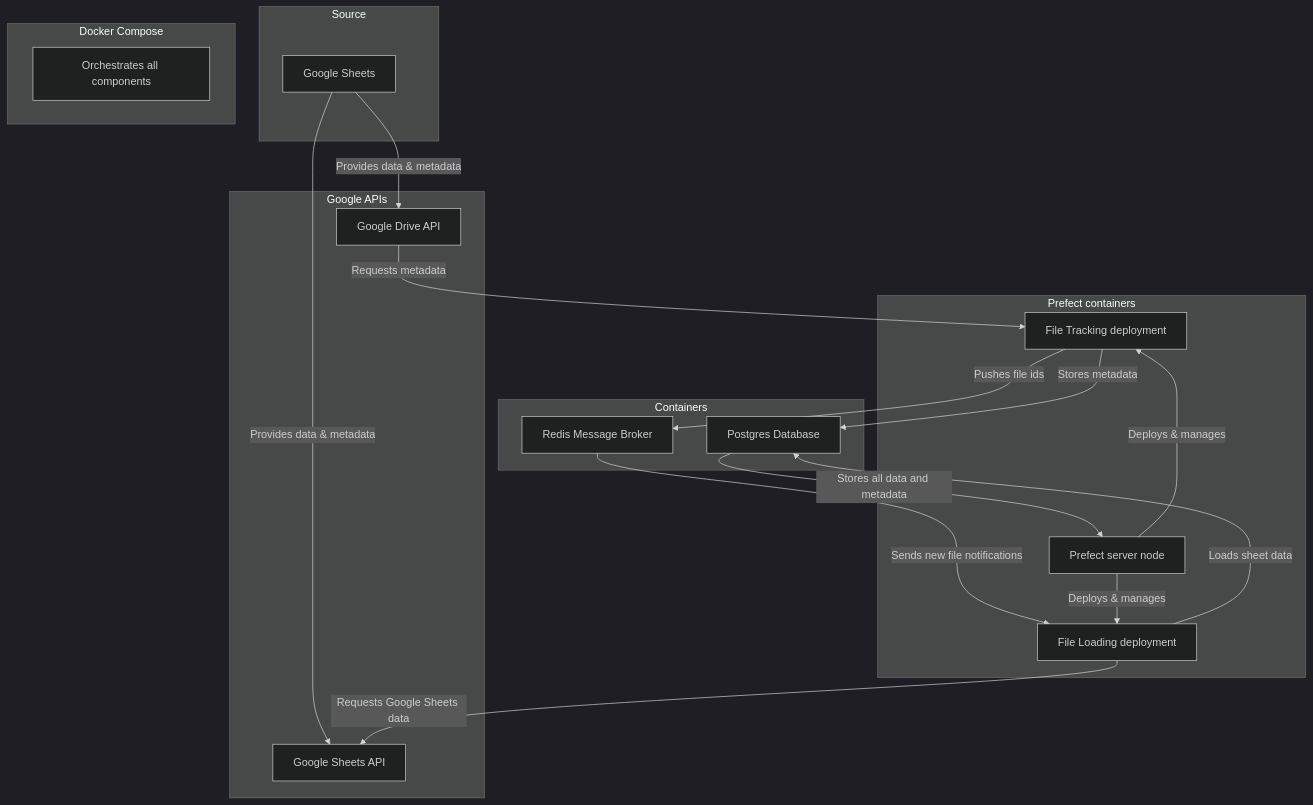
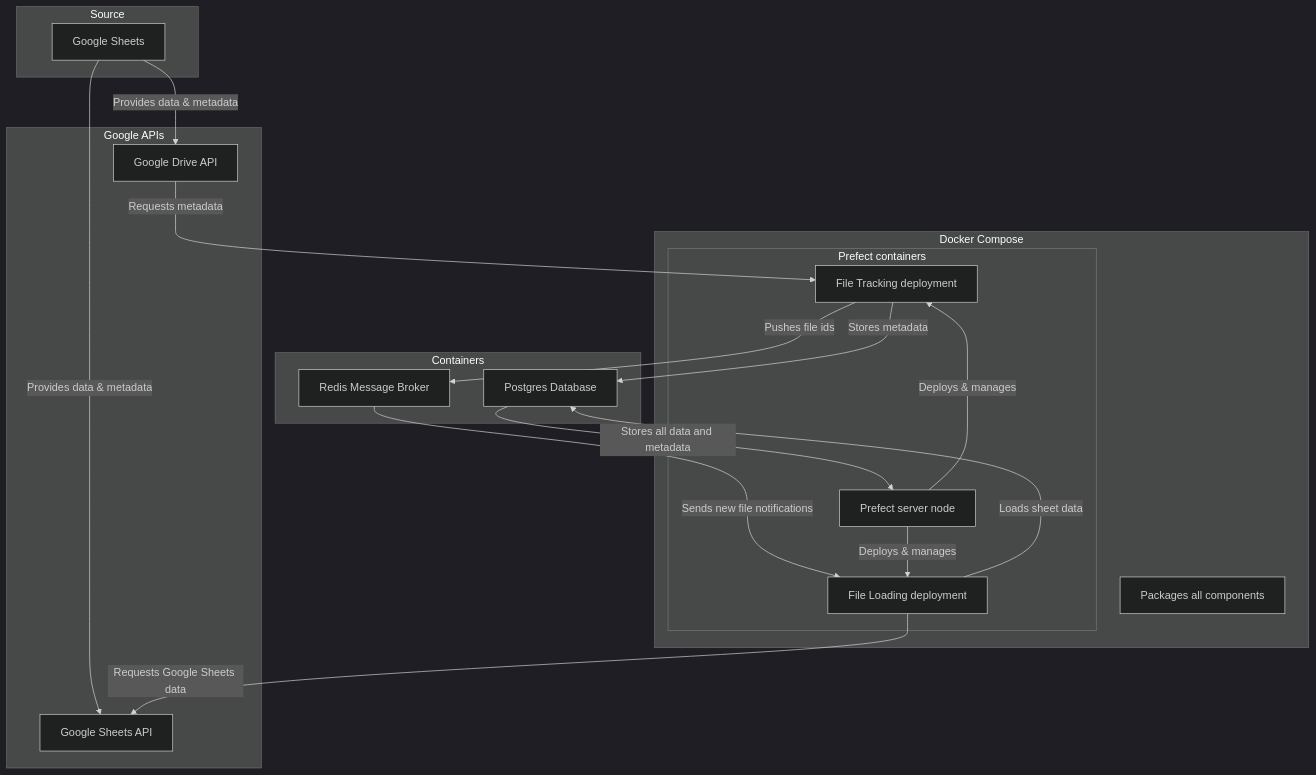
The diagram in Readme.md (dario-vazquez-albacete/GoogleSheetsPipeline), drawn with Mermaid (dark theme) before and after one commit.

Commit message:
modified mermaid diagram

````diff
--- a/Readme.md
+++ b/Readme.md
@@ -8,42 +8,43 @@
 ```mermaid
 graph TD
     subgraph "Source"
         A[Google Sheets]
     end
 
     subgraph "Google APIs"
         B[Google Drive API]
         C[Google Sheets API]
     end
 
+    subgraph "Docker Compose"
+        G[Packages all components]
+
     subgraph "Prefect containers"
         D[Prefect server node]
         E1[File Tracking deployment]
         E2[File Loading deployment]
     end
+    
+    end
 
     subgraph "Containers"
         F1[Postgres Database]
         F2[Redis Message Broker]
-    end
-
-    subgraph "Docker Compose"
-        G[Orchestrates all components]
     end
 
     A -->|Provides data & metadata| B
     A -->|Provides data & metadata| C
 
     B -->|Requests metadata| E1
     E1 -->|Stores metadata| F1
     E1 -->|Pushes file ids| F2
 
     F2 -->|Sends new file notifications| E2
     E2 -->|Requests Google Sheets data| C
     E2 -->|Loads sheet data| F1
 
     D -->|Deploys & manages| E1
     D -->|Deploys & manages| E2
 
     F1 -->|Stores all data and metadata| D
 ```
````
